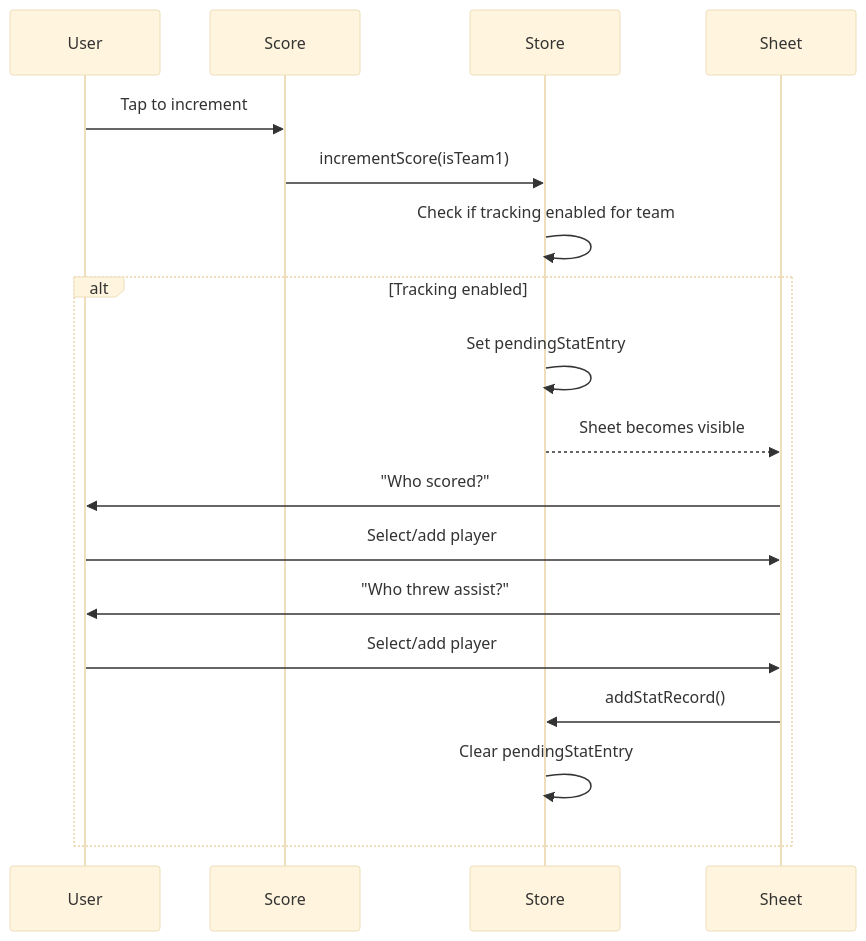
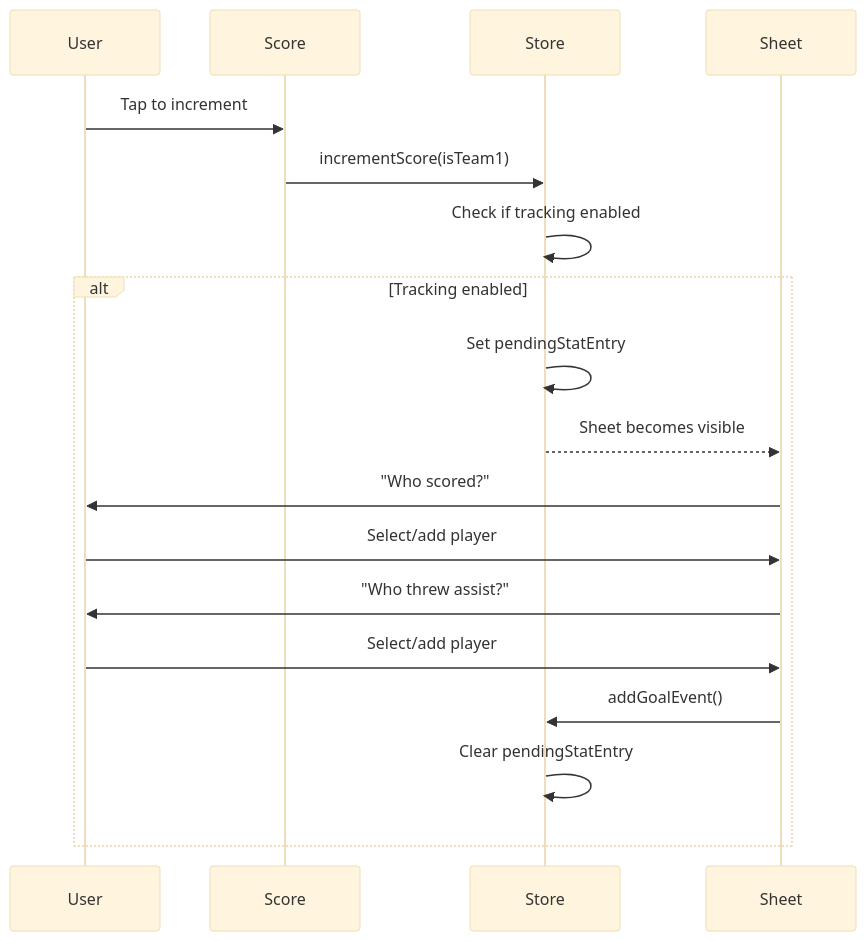
The diagram in docs/stat-tracking.md (DanLang1/ultimatestats), drawn with Mermaid (base theme) before and after one commit. The commit also changed other lines of this file and 29 other files, not shown here.

Commit message:
bug fixes, adding immer, adding game timeline functionality

````diff
--- a/docs/stat-tracking.md
+++ b/docs/stat-tracking.md
@@ -42,21 +46,21 @@
 ```mermaid
 sequenceDiagram
     participant User
     participant Score
     participant Store
     participant Sheet
 
     User->>Score: Tap to increment
     Score->>Store: incrementScore(isTeam1)
-    Store->>Store: Check if tracking enabled for team
+    Store->>Store: Check if tracking enabled
     alt Tracking enabled
         Store->>Store: Set pendingStatEntry
         Store-->>Sheet: Sheet becomes visible
         Sheet->>User: "Who scored?"
         User->>Sheet: Select/add player
         Sheet->>User: "Who threw assist?"
         User->>Sheet: Select/add player
-        Sheet->>Store: addStatRecord()
+        Sheet->>Store: addGoalEvent()
         Store->>Store: Clear pendingStatEntry
     end
 ```
````
